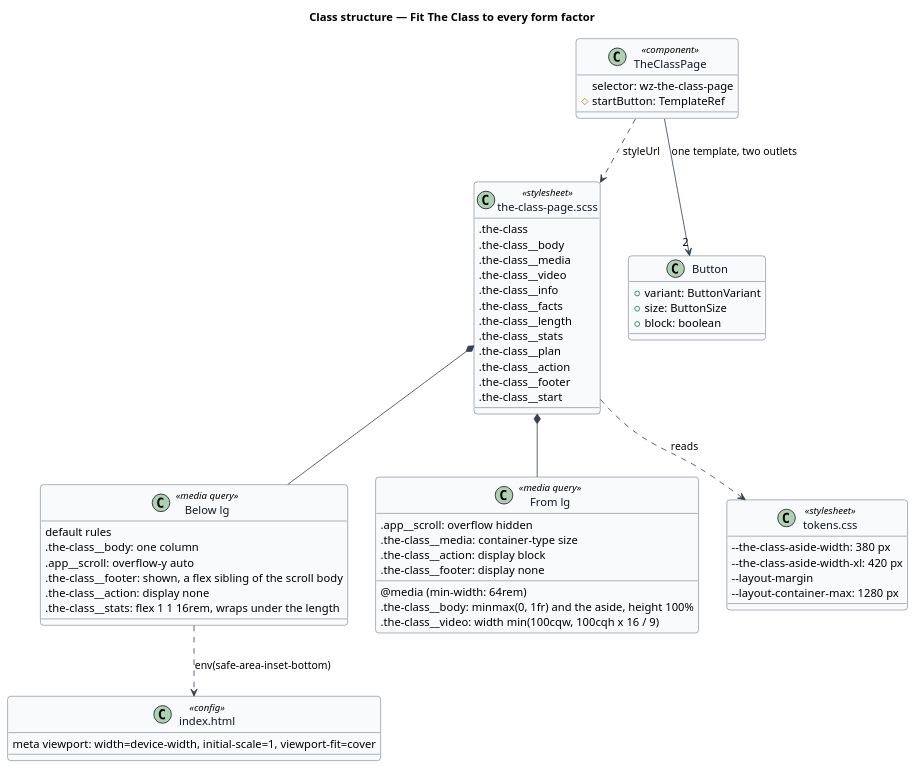
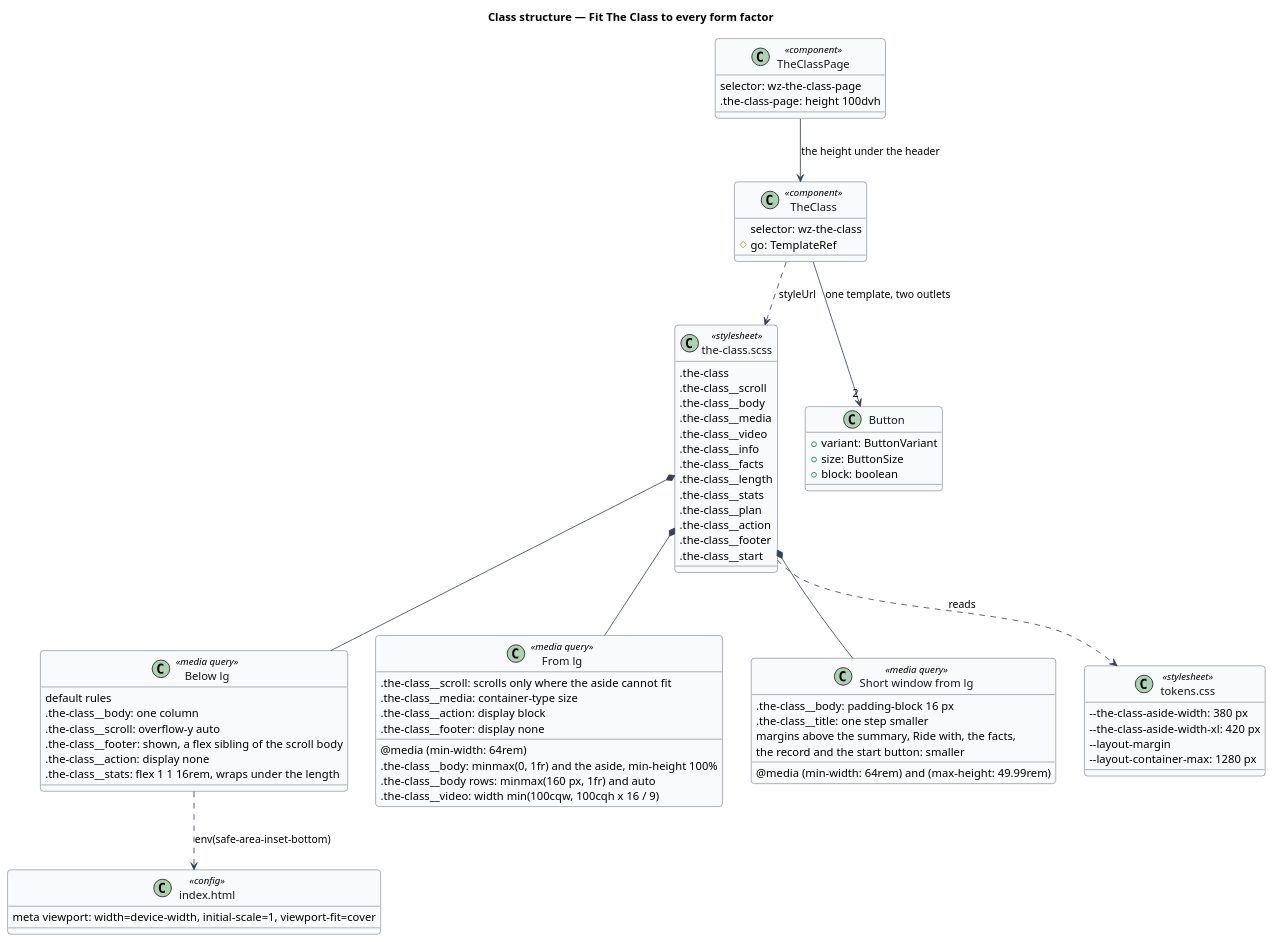
One commit to QuinntyneBrown/ride-one changed the diagram in docs/detailed-designs/ui/fit-the-class-to-every-form-factor/diagrams/class-structure.puml. Above: the diagram before and after it, drawn with PlantUML. The commit also changed 51 other files, not shown here.

```diff
--- a/docs/detailed-designs/ui/fit-the-class-to-every-form-factor/diagrams/class-structure.puml
+++ b/docs/detailed-designs/ui/fit-the-class-to-every-form-factor/diagrams/class-structure.puml
@@ -1,72 +1,87 @@
 @startuml
 ' --- shared skin header ---
 skinparam backgroundColor #FFFFFF
 skinparam shadowing false
 skinparam roundcorner 8
 skinparam defaultFontName Arial
 skinparam ArrowColor #344054
 skinparam class {
   BorderColor #344054
   FontColor #101828
   BackgroundColor #F9FAFB
 }
 ' --------------------------
 title Class structure — Fit The Class to every form factor
 
 class TheClassPage <<component>> {
   selector: wz-the-class-page
-  #startButton: TemplateRef
+  .the-class-page: height 100dvh
 }
-class "the-class-page.scss" as Sheet <<stylesheet>> {
+class TheClass <<component>> {
+  selector: wz-the-class
+  #go: TemplateRef
+}
+class "the-class.scss" as Sheet <<stylesheet>> {
   .the-class
+  .the-class~__scroll
   .the-class~__body
   .the-class~__media
   .the-class~__video
   .the-class~__info
   .the-class~__facts
   .the-class~__length
   .the-class~__stats
   .the-class~__plan
   .the-class~__action
   .the-class~__footer
   .the-class~__start
 }
 class "Below lg" as Narrow <<media query>> {
   default rules
   .the-class~__body: one column
-  .app~__scroll: overflow-y auto
+  .the-class~__scroll: overflow-y auto
   .the-class~__footer: shown, a flex sibling of the scroll body
   .the-class~__action: display none
   .the-class~__stats: flex 1 1 16rem, wraps under the length
 }
 class "From lg" as Wide <<media query>> {
   @media (min-width: 64rem)
-  .the-class~__body: minmax(0, 1fr) and the aside, height 100%
-  .app~__scroll: overflow hidden
+  .the-class~__body: minmax(0, 1fr) and the aside, min-height 100%
+  .the-class~__body rows: minmax(160 px, 1fr) and auto
+  .the-class~__scroll: scrolls only where the aside cannot fit
   .the-class~__media: container-type size
   .the-class~__video: width min(100cqw, 100cqh x 16 / 9)
   .the-class~__action: display block
   .the-class~__footer: display none
+}
+class "Short window from lg" as Short <<media query>> {
+  @media (min-width: 64rem) and (max-height: 49.99rem)
+  .the-class~__body: padding-block 16 px
+  .the-class~__title: one step smaller
+  margins above the summary, Ride with, the facts,
+  the record and the start button: smaller
 }
 class "tokens.css" as Tokens <<stylesheet>> {
   --the-class-aside-width: 380 px
   --the-class-aside-width-xl: 420 px
   --layout-margin
   --layout-container-max: 1280 px
 }
 class "index.html" as Index <<config>> {
   meta viewport: width=device-width, initial-scale=1, viewport-fit=cover
 }
 class Button {
   +variant: ButtonVariant
   +size: ButtonSize
   +block: boolean
 }
 
-TheClassPage ..> Sheet : styleUrl
-TheClassPage --> "2" Button : one template, two outlets
+TheClassPage --> TheClass : the height under the header
+TheClass ..> Sheet : styleUrl
+TheClass --> "2" Button : one template, two outlets
 Sheet *-- Narrow
 Sheet *-- Wide
+Sheet *-- Short
 Sheet ..> Tokens : reads
 Narrow ..> Index : env(safe-area-inset-bottom)
 @enduml
```
